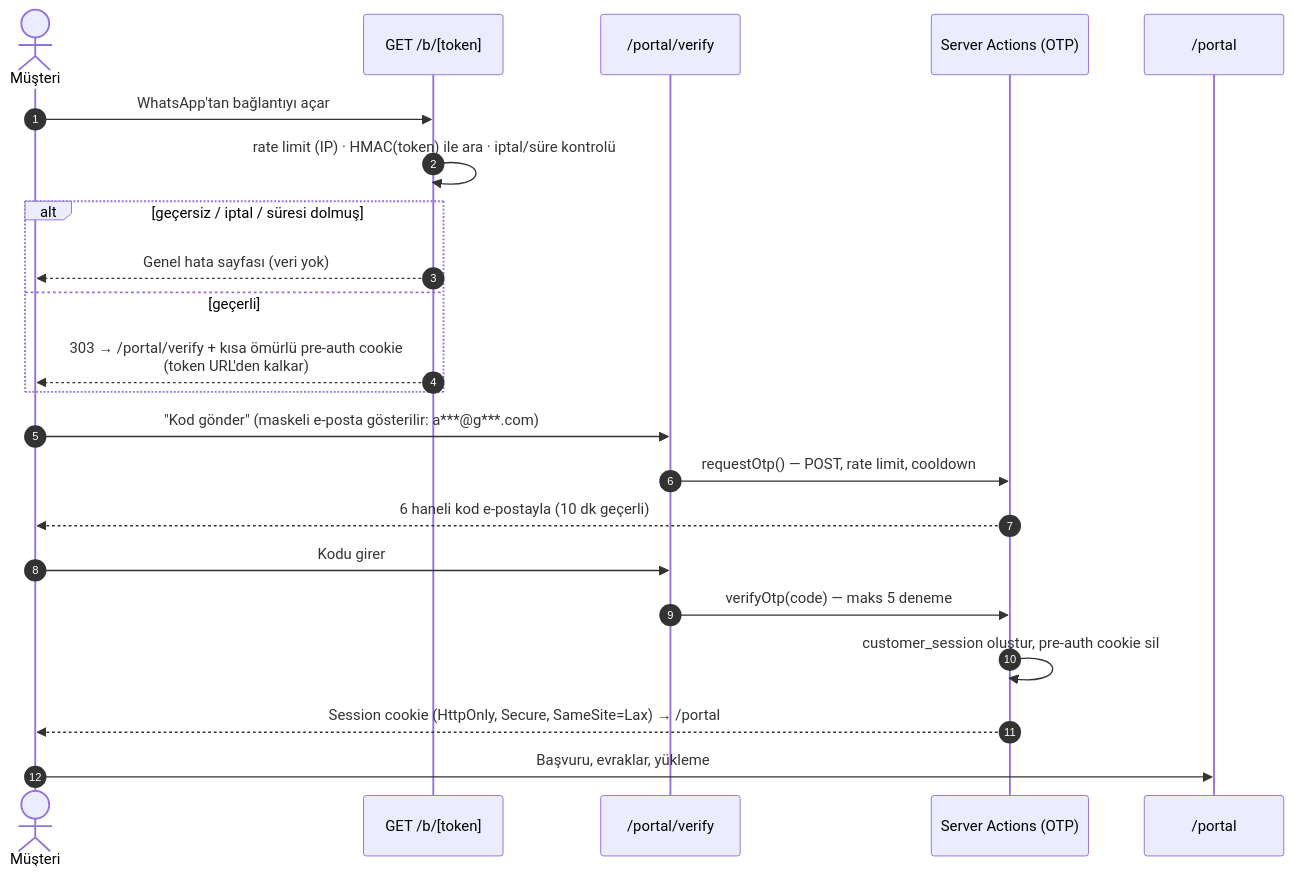
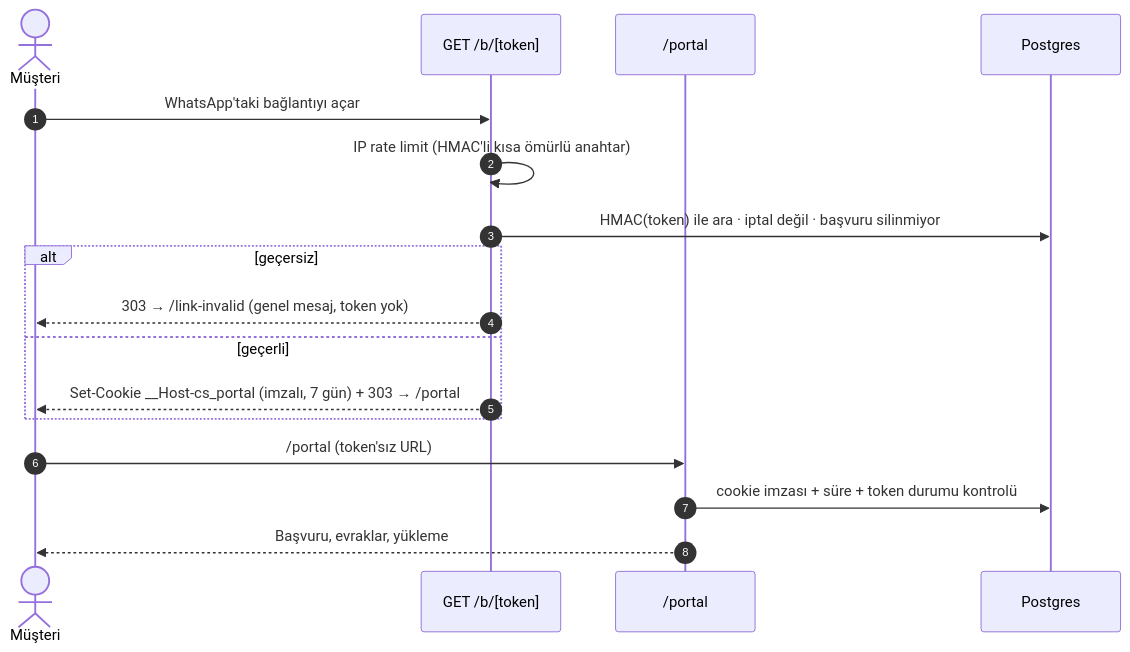
Before and after one commit to gokturkdogan/Cs-Global-Panel: the third of 3 diagrams in docs/ARCHITECTURE.md, drawn with Mermaid. The commit also changed other lines of this file and 21 other files, not shown here.

````diff
--- a/docs/ARCHITECTURE.md
+++ b/docs/ARCHITECTURE.md
@@ -96,25 +95,20 @@
 ```mermaid
 sequenceDiagram
     autonumber
     actor M as Müşteri
     participant B as GET /b/[token]
-    participant V as /portal/verify
-    participant OTP as Server Actions (OTP)
     participant P as /portal
+    participant DB as Postgres
 
-    M->>B: WhatsApp'tan bağlantıyı açar
-    B->>B: rate limit (IP) · HMAC(token) ile ara · iptal/süre kontrolü
-    alt geçersiz / iptal / süresi dolmuş
-        B-->>M: Genel hata sayfası (veri yok)
+    M->>B: WhatsApp'taki bağlantıyı açar
+    B->>B: IP rate limit (HMAC'li kısa ömürlü anahtar)
+    B->>DB: HMAC(token) ile ara · iptal değil · başvuru silinmiyor
+    alt geçersiz
+        B-->>M: 303 → /link-invalid (genel mesaj, token yok)
     else geçerli
-        B-->>M: 303 → /portal/verify + kısa ömürlü pre-auth cookie<br/>(token URL'den kalkar)
+        B-->>M: Set-Cookie __Host-cs_portal (imzalı, 7 gün) + 303 → /portal
     end
-    M->>V: "Kod gönder" (maskeli e-posta gösterilir: a***@g***.com)
-    V->>OTP: requestOtp() — POST, rate limit, cooldown
-    OTP-->>M: 6 haneli kod e-postayla (10 dk geçerli)
-    M->>V: Kodu girer
-    V->>OTP: verifyOtp(code) — maks 5 deneme
-    OTP->>OTP: customer_session oluştur, pre-auth cookie sil
-    OTP-->>M: Session cookie (HttpOnly, Secure, SameSite=Lax) → /portal
-    M->>P: Başvuru, evraklar, yükleme
+    M->>P: /portal (token'sız URL)
+    P->>DB: cookie imzası + süre + token durumu kontrolü
+    P-->>M: Başvuru, evraklar, yükleme
 ```
````
